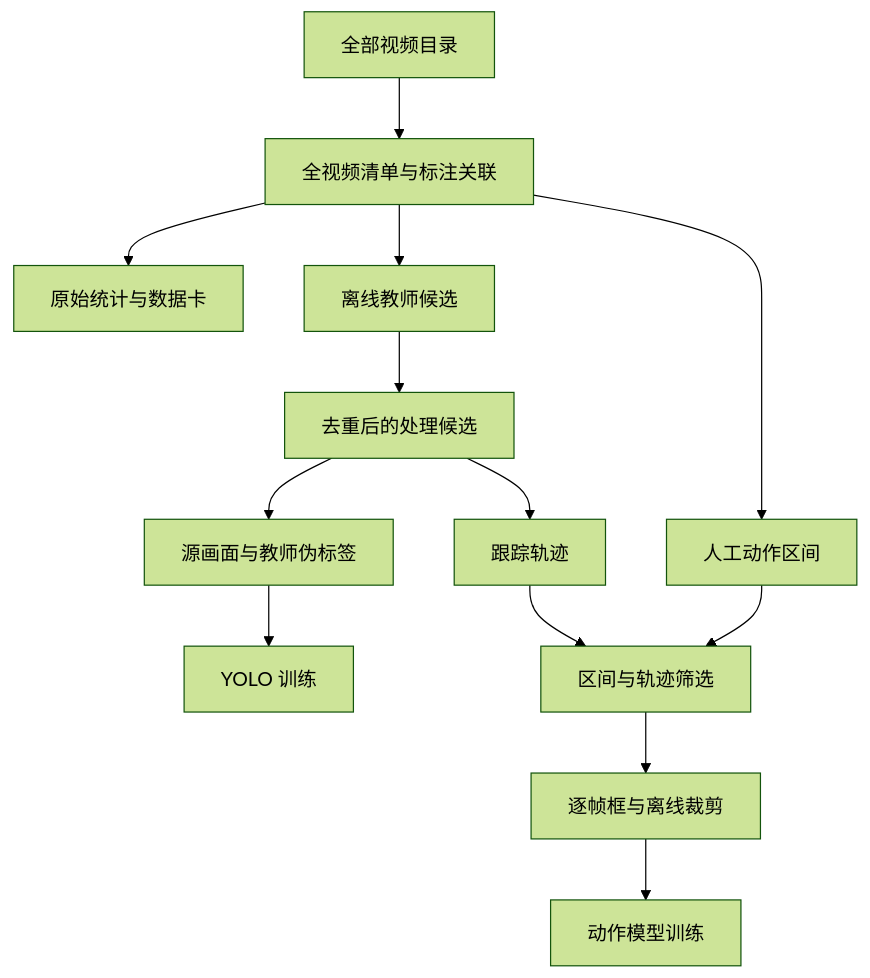
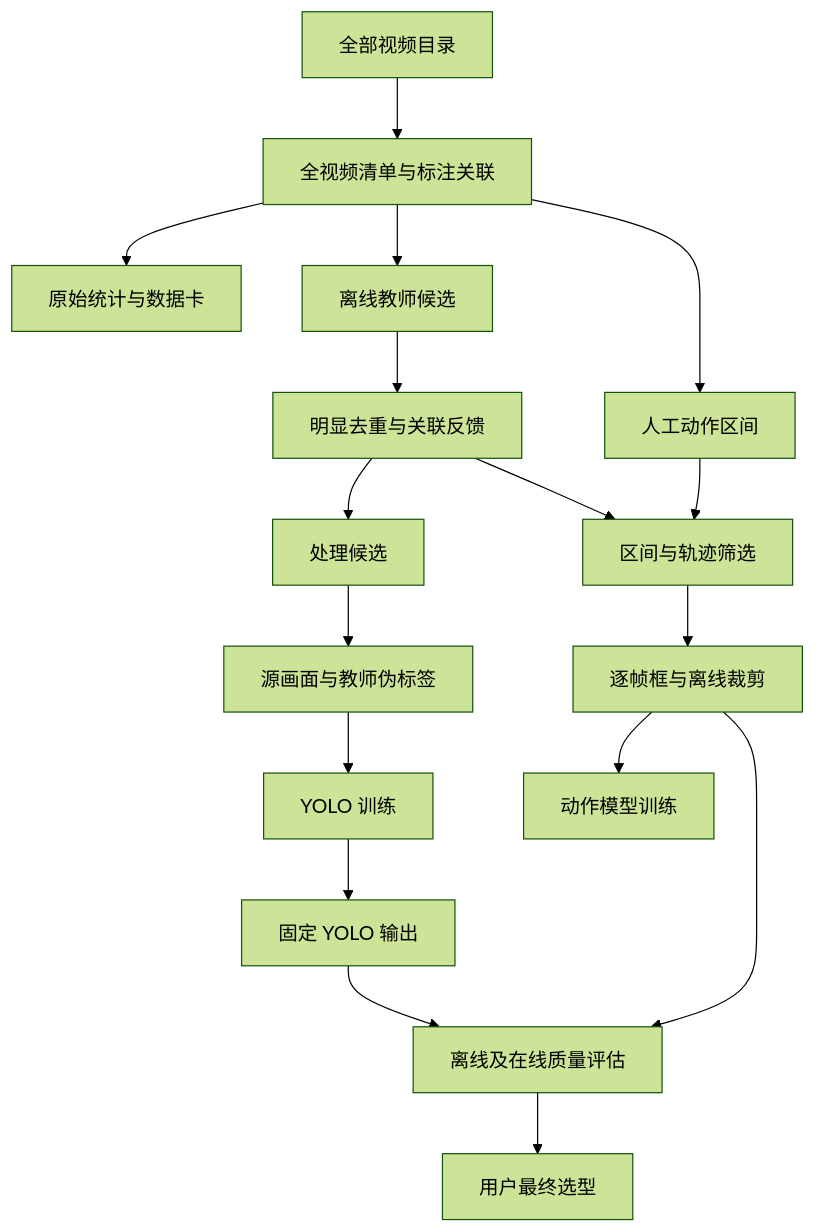
Before and after one commit to gongshangzheng/pet-action-recognition: the diagram in openspec/changes/pet-pipeline/design.md, drawn with Mermaid (forest theme). The commit also changed other lines of this file and 25 other files, not shown here.

````diff
--- a/openspec/changes/pet-pipeline/design.md
+++ b/openspec/changes/pet-pipeline/design.md
@@ -11,15 +11,19 @@
 ```mermaid
 flowchart TD
     V[全部视频目录] --> I[全视频清单与标注关联]
     I --> S[原始统计与数据卡]
     I --> D[离线教师候选]
-    D --> P[去重后的处理候选]
+    D --> T[明显去重与关联反馈]
+    T --> P[处理候选]
     P --> Y[源画面与教师伪标签]
     Y --> YM[YOLO 训练]
-    P --> T[跟踪轨迹]
     I --> A[人工动作区间]
     T --> W[区间与轨迹筛选]
     A --> W
     W --> C[逐帧框与离线裁剪]
     C --> AM[动作模型训练]
+    YM --> E[固定 YOLO 输出]
+    C --> Q[离线及在线质量评估]
+    E --> Q
+    Q --> F[用户最终选型]
 ```
````
